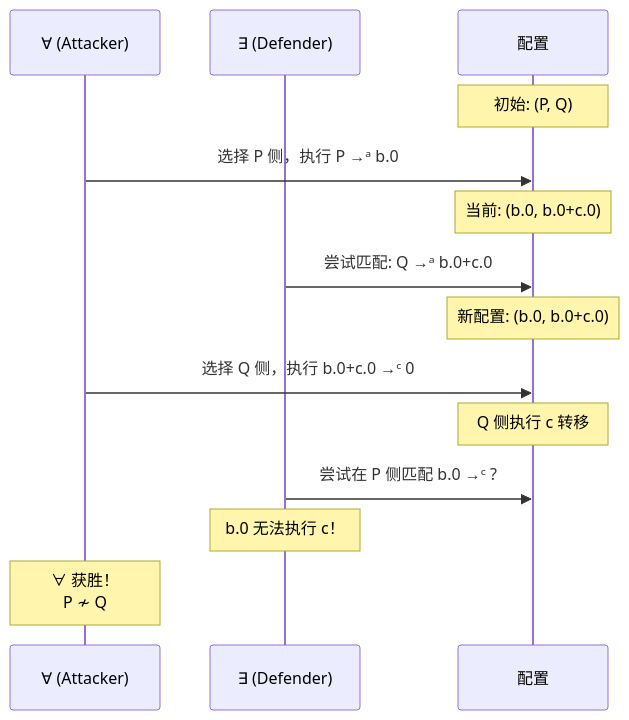
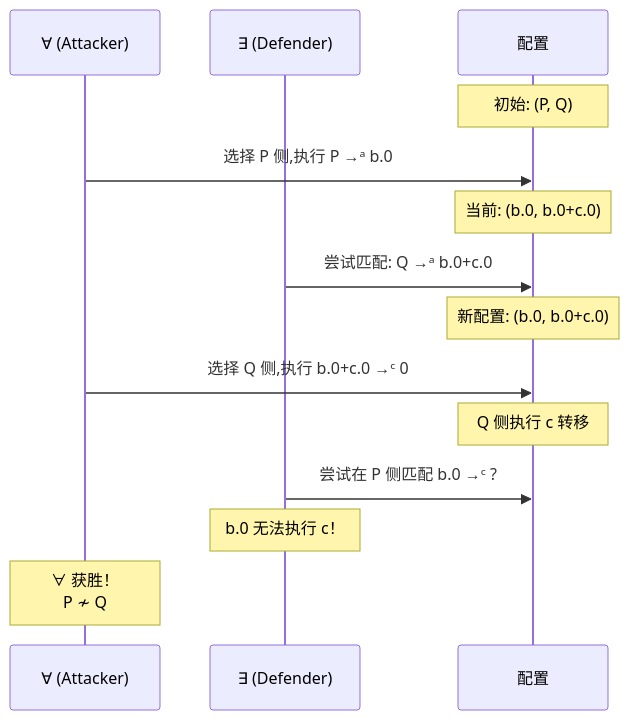
The second of 5 diagrams in Struct/03-relationships/03.04-bisimulation-equivalences.md (AdaMartin18010/AnalysisDataFlow), drawn with Mermaid before and after one commit. The commit also changed 634 other files, not shown here.

````diff
--- a/Struct/03-relationships/03.04-bisimulation-equivalences.md
+++ b/Struct/03-relationships/03.04-bisimulation-equivalences.md
@@ -557,22 +557,22 @@
 ```mermaid
 sequenceDiagram
     participant A as ∀ (Attacker)
     participant D as ∃ (Defender)
     participant State as 配置
 
     Note over State: 初始: (P, Q)
 
-    A->>State: 选择 P 侧，执行 P →ᵃ b.0
+    A->>State: 选择 P 侧,执行 P →ᵃ b.0
     Note over State: 当前: (b.0, b.0+c.0)
 
     D->>State: 尝试匹配: Q →ᵃ b.0+c.0
     Note over State: 新配置: (b.0, b.0+c.0)
 
-    A->>State: 选择 Q 侧，执行 b.0+c.0 →ᶜ 0
+    A->>State: 选择 Q 侧,执行 b.0+c.0 →ᶜ 0
     Note over State: Q 侧执行 c 转移
 
     D->>State: 尝试在 P 侧匹配 b.0 →ᶜ ?
     Note over D: b.0 无法执行 c！
 
     Note over A: ∀ 获胜！<br/>P ≁ Q
 ```
````
